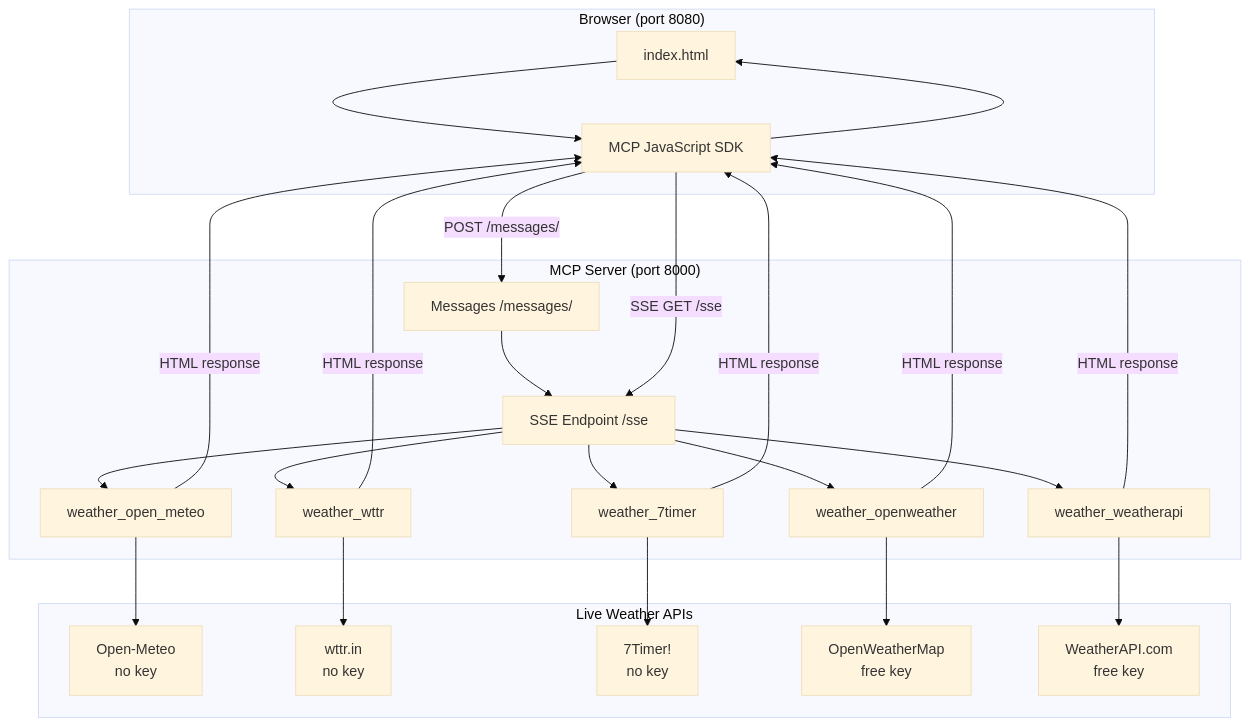
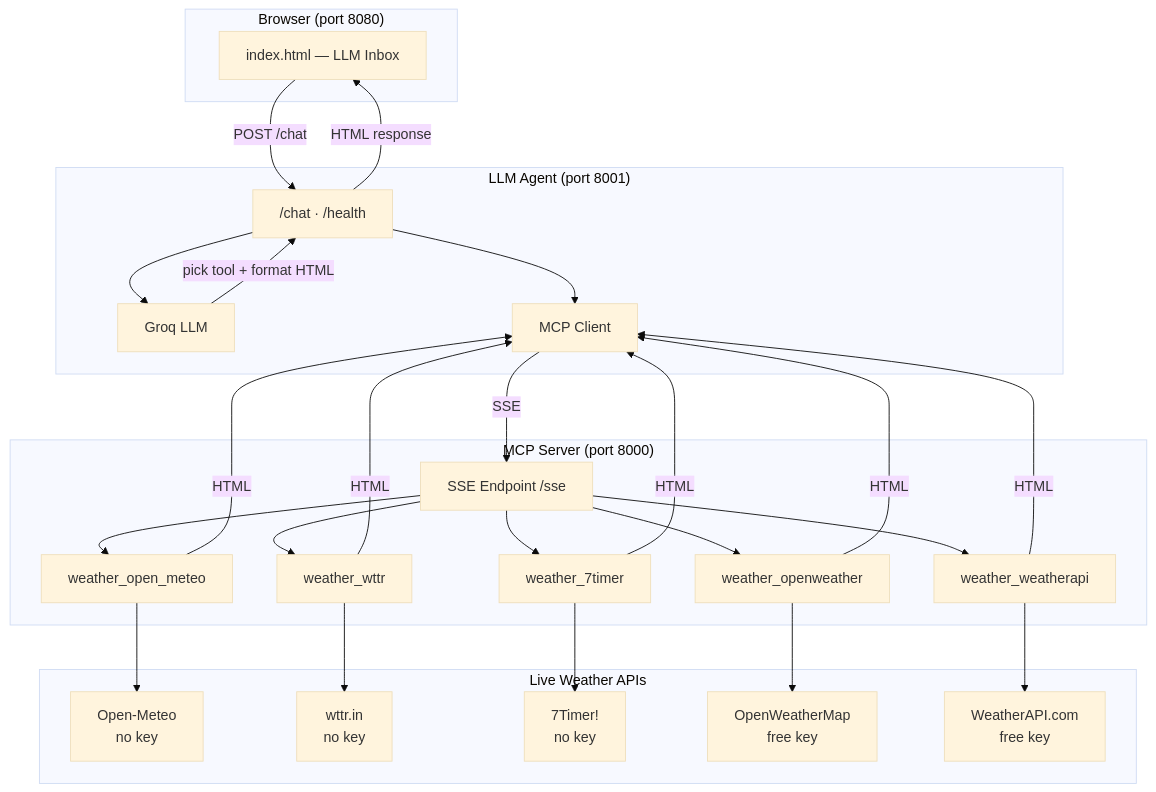
The diagram in README.md (RimeetMavani/weather-mcp--build), drawn with Mermaid (base theme) before and after one commit. The commit also changed other lines of this file, not shown here.

````diff
--- a/README.md
+++ b/README.md
@@ -9,38 +9,43 @@
 ```mermaid
 flowchart TB
     subgraph Browser["Browser (port 8080)"]
-        UI[index.html]
-        SDK[MCP JavaScript SDK]
-        UI --> SDK
+        UI[index.html — LLM Inbox]
+    end
+
+    subgraph Agent["LLM Agent (port 8001)"]
+        API["/chat · /health"]
+        GROQ[Groq LLM]
+        MCPClient[MCP Client]
+        API --> GROQ
+        API --> MCPClient
+        GROQ -->|pick tool + format HTML| API
     end
 
     subgraph MCP["MCP Server (port 8000)"]
         SSE[SSE Endpoint /sse]
-        MSG[Messages /messages/]
         T1[weather_open_meteo]
         T2[weather_wttr]
         T3[weather_7timer]
         T4[weather_openweather]
         T5[weather_weatherapi]
         SSE --> T1 & T2 & T3 & T4 & T5
-        MSG --> SSE
     end
 
     subgraph APIs["Live Weather APIs"]
         A1[Open-Meteo\nno key]
         A2[wttr.in\nno key]
         A3[7Timer!\nno key]
         A4[OpenWeatherMap\nfree key]
         A5[WeatherAPI.com\nfree key]
     end
 
-    SDK -->|SSE GET /sse| SSE
-    SDK -->|POST /messages/| MSG
+    UI -->|POST /chat| API
+    MCPClient -->|SSE| SSE
     T1 --> A1
     T2 --> A2
     T3 --> A3
     T4 --> A4
     T5 --> A5
-    T1 & T2 & T3 & T4 & T5 -->|HTML response| SDK
-    SDK --> UI
+    T1 & T2 & T3 & T4 & T5 -->|HTML| MCPClient
+    API -->|HTML response| UI
 ```
````
